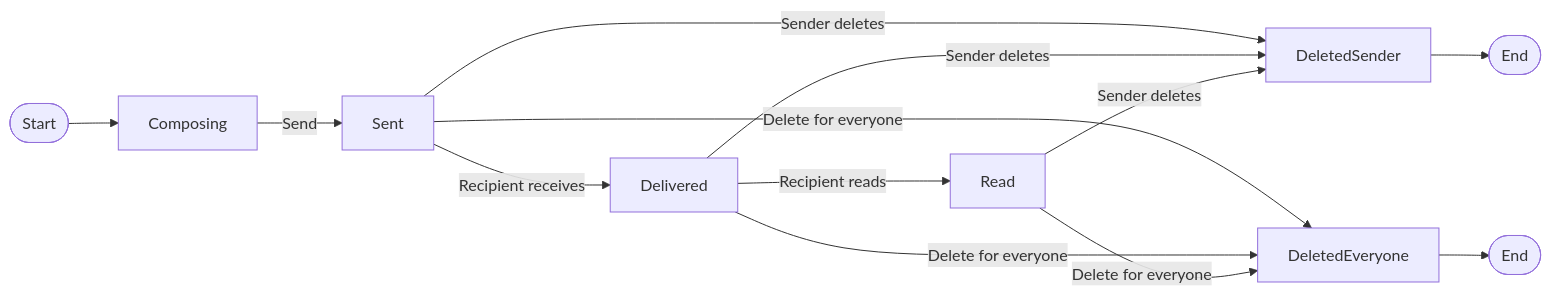
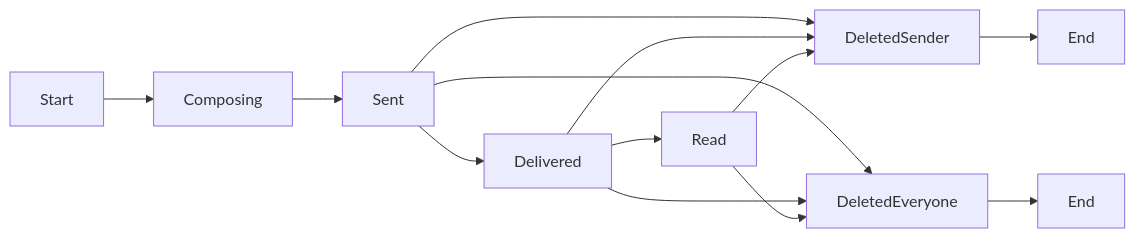
One commit to vd120/laravel_project changed diagram 20 of 29 in UML.md. Above: the diagram before and after it, drawn with Mermaid. The commit also changed other lines of this file, not shown here.

````diff
--- a/UML.md
+++ b/UML.md
@@ -1118,15 +1110,15 @@
 ```mermaid
 flowchart LR
-    A([Start]) --> B[Composing]
-    B -->|Send| C[Sent]
-    C -->|Recipient receives| D[Delivered]
-    D -->|Recipient reads| E[Read]
-    C -->|Sender deletes| F[DeletedSender]
-    D -->|Sender deletes| F
-    E -->|Sender deletes| F
-    C -->|Delete for everyone| G[DeletedEveryone]
-    D -->|Delete for everyone| G
-    E -->|Delete for everyone| G
-    F --> H([End])
-    G --> I([End])
+    A[Start] --> B[Composing]
+    B --> C[Sent]
+    C --> D[Delivered]
+    D --> E[Read]
+    C --> F[DeletedSender]
+    D --> F
+    E --> F
+    C --> G[DeletedEveryone]
+    D --> G
+    E --> G
+    F --> H[End]
+    G --> I[End]
 ```
````
